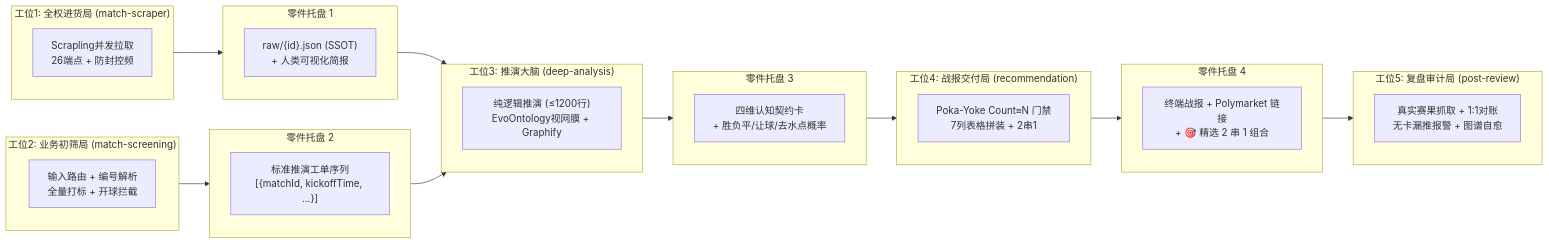
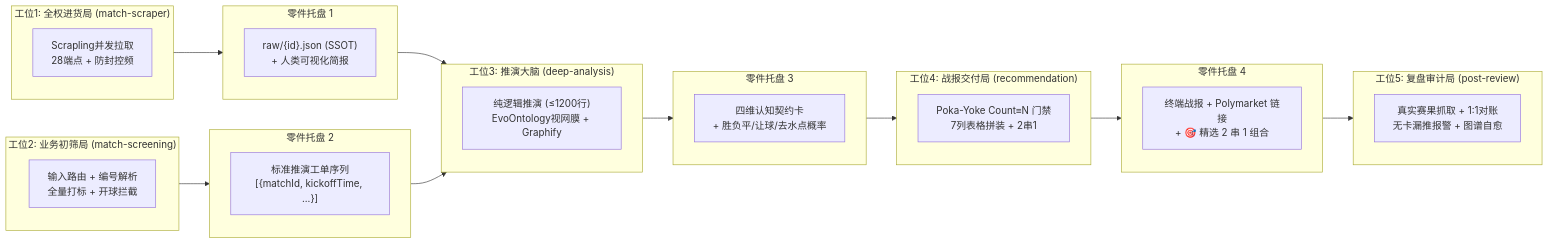
Before and after one commit to i0ivi0i/supodds: the second of 2 diagrams in AGENTS.md, drawn with Mermaid. The commit also changed other lines of this file and 10 other files, not shown here.

````diff
--- a/AGENTS.md
+++ b/AGENTS.md
@@ -354,38 +372,38 @@
 ```mermaid
 flowchart LR
     subgraph W1 ["工位1: 全权进货局 (match-scraper)"]
-        S1["Scrapling并发拉取<br/>26端点 + 防封控频"]
+        S1["Scrapling并发拉取<br/>28端点 + 防封控频"]
     end
     subgraph T1 ["零件托盘 1"]
         D1["raw/{id}.json (SSOT)<br/>+ 人类可视化简报"]
     end
     subgraph W2 ["工位2: 业务初筛局 (match-screening)"]
         S2["输入路由 + 编号解析<br/>全量打标 + 开球拦截"]
     end
     subgraph T2 ["零件托盘 2"]
         D2["标准推演工单序列<br/>[{matchId, kickoffTime, ...}]"]
     end
     subgraph W3 ["工位3: 推演大脑 (deep-analysis)"]
         S3["纯逻辑推演 (≤1200行)<br/>EvoOntology视网膜 + Graphify"]
     end
     subgraph T3 ["零件托盘 3"]
         D3["四维认知契约卡<br/>+ 胜负平/让球/去水点概率"]
     end
     subgraph W4 ["工位4: 战报交付局 (recommendation)"]
         S4["Poka-Yoke Count≡N 门禁<br/>7列表格拼装 + 2串1"]
     end
     subgraph T4 ["零件托盘 4"]
         D4["终端战报 + Polymarket 链接<br/>+ 🎯 精选 2 串 1 组合"]
     end
     subgraph W5 ["工位5: 复盘审计局 (post-review)"]
         S5["真实赛果抓取 + 1:1对账<br/>无卡漏推报警 + 图谱自愈"]
     end
 
     W1 --> T1
     W2 --> T2
     T1 & T2 --> W3
     W3 --> T3
     T3 --> W4
     W4 --> T4
     T4 --> W5
 ```
````
